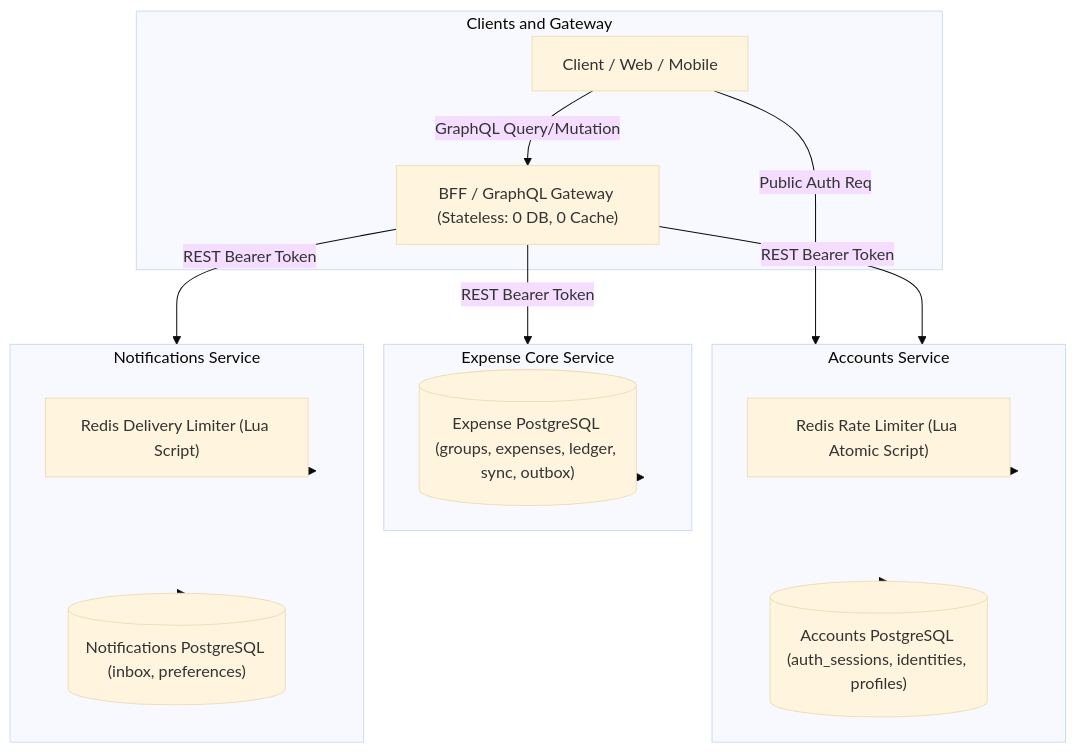
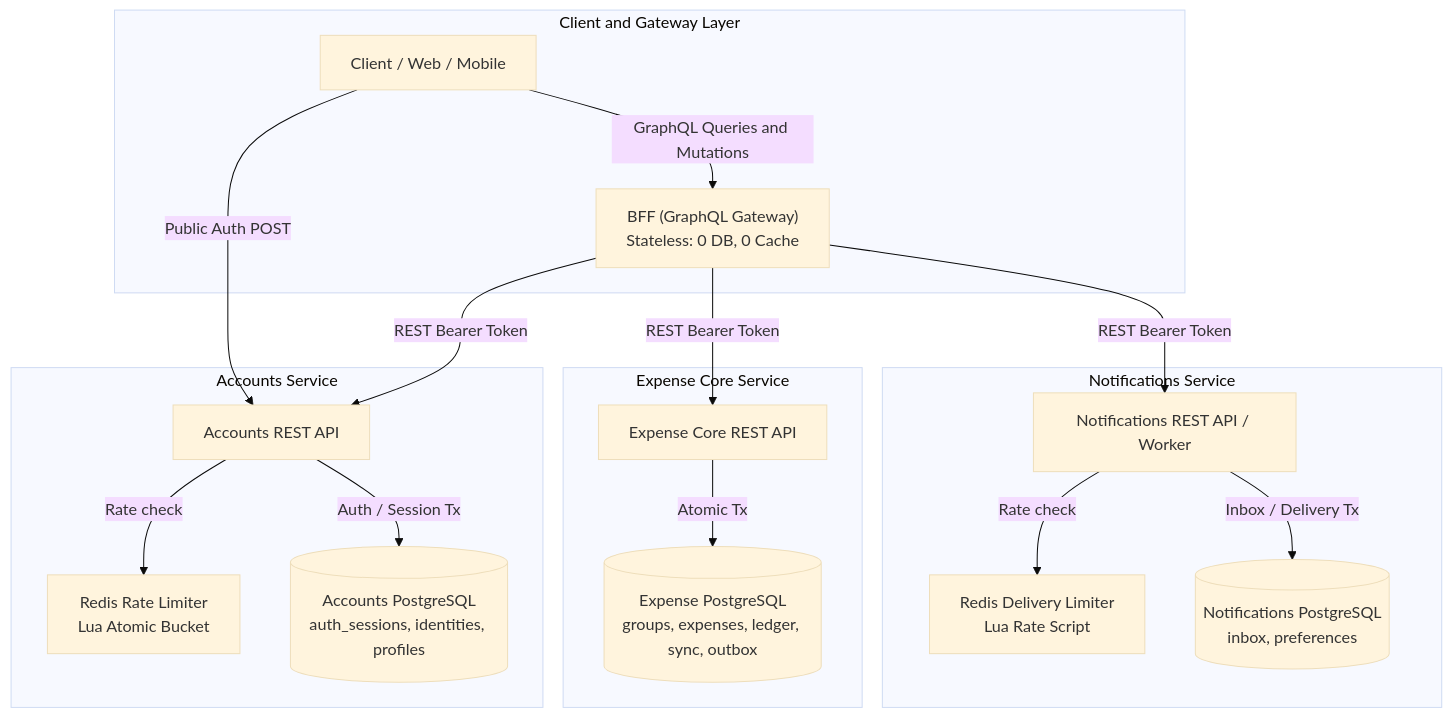
Before and after one commit to ohbus/pennywise: the first of 3 diagrams in docs/architecture/database-and-cache-access-patterns.md, drawn with Mermaid (base theme). The commit also changed 11 other files, not shown here.

Commit message:
docs(architecture): connect flowchart arrows to concrete service entrypoints

````diff
--- a/docs/architecture/database-and-cache-access-patterns.md
+++ b/docs/architecture/database-and-cache-access-patterns.md
@@ -24,33 +24,35 @@
 ```mermaid
 flowchart TD
-    subgraph ClientLayer["Clients and Gateway"]
+    subgraph ClientGateway["Client and Gateway Layer"]
         Client["Client / Web / Mobile"]
-        BFF["BFF / GraphQL Gateway (Stateless: 0 DB, 0 Cache)"]
+        BFF["BFF (GraphQL Gateway)<br/>Stateless: 0 DB, 0 Cache"]
     end
 
     subgraph AccountsService["Accounts Service"]
-        A_RateLimit["Redis Rate Limiter (Lua Atomic Script)"]
-        A_PG[("Accounts PostgreSQL (auth_sessions, identities, profiles)")]
+        A_API["Accounts REST API"]
+        A_RateLimit["Redis Rate Limiter<br/>Lua Atomic Bucket"]
+        A_PG[("Accounts PostgreSQL<br/>auth_sessions, identities, profiles")]
+        A_API -->|Rate check| A_RateLimit
+        A_API -->|Auth / Session Tx| A_PG
     end
 
     subgraph ExpenseCoreService["Expense Core Service"]
-        E_PG[("Expense PostgreSQL (groups, expenses, ledger, sync, outbox)")]
+        E_API["Expense Core REST API"]
+        E_PG[("Expense PostgreSQL<br/>groups, expenses, ledger, sync, outbox")]
+        E_API -->|Atomic Tx| E_PG
     end
 
     subgraph NotificationsService["Notifications Service"]
-        N_RateLimit["Redis Delivery Limiter (Lua Script)"]
-        N_PG[("Notifications PostgreSQL (inbox, preferences)")]
+        N_API["Notifications REST API / Worker"]
+        N_RateLimit["Redis Delivery Limiter<br/>Lua Rate Script"]
+        N_PG[("Notifications PostgreSQL<br/>inbox, preferences")]
+        N_API -->|Rate check| N_RateLimit
+        N_API -->|Inbox / Delivery Tx| N_PG
     end
 
-    Client -->|Public Auth Req| AccountsService
-    Client -->|GraphQL Query/Mutation| BFF
-    BFF -->|REST Bearer Token| AccountsService
-    BFF -->|REST Bearer Token| ExpenseCoreService
-    BFF -->|REST Bearer Token| NotificationsService
-
-    AccountsService --> A_RateLimit
-    AccountsService --> A_PG
-    ExpenseCoreService --> E_PG
-    NotificationsService --> N_RateLimit
-    NotificationsService --> N_PG
+    Client -->|Public Auth POST| A_API
+    Client -->|GraphQL Queries and Mutations| BFF
+    BFF -->|REST Bearer Token| A_API
+    BFF -->|REST Bearer Token| E_API
+    BFF -->|REST Bearer Token| N_API
 ```
````
